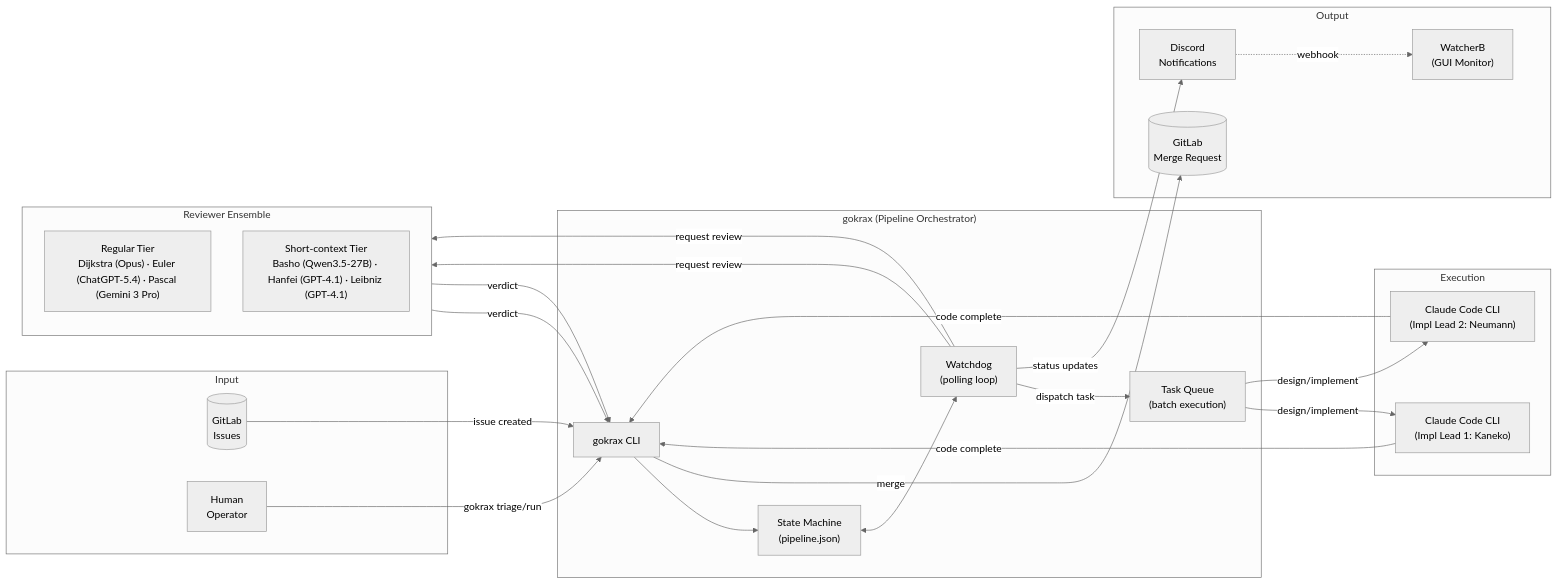
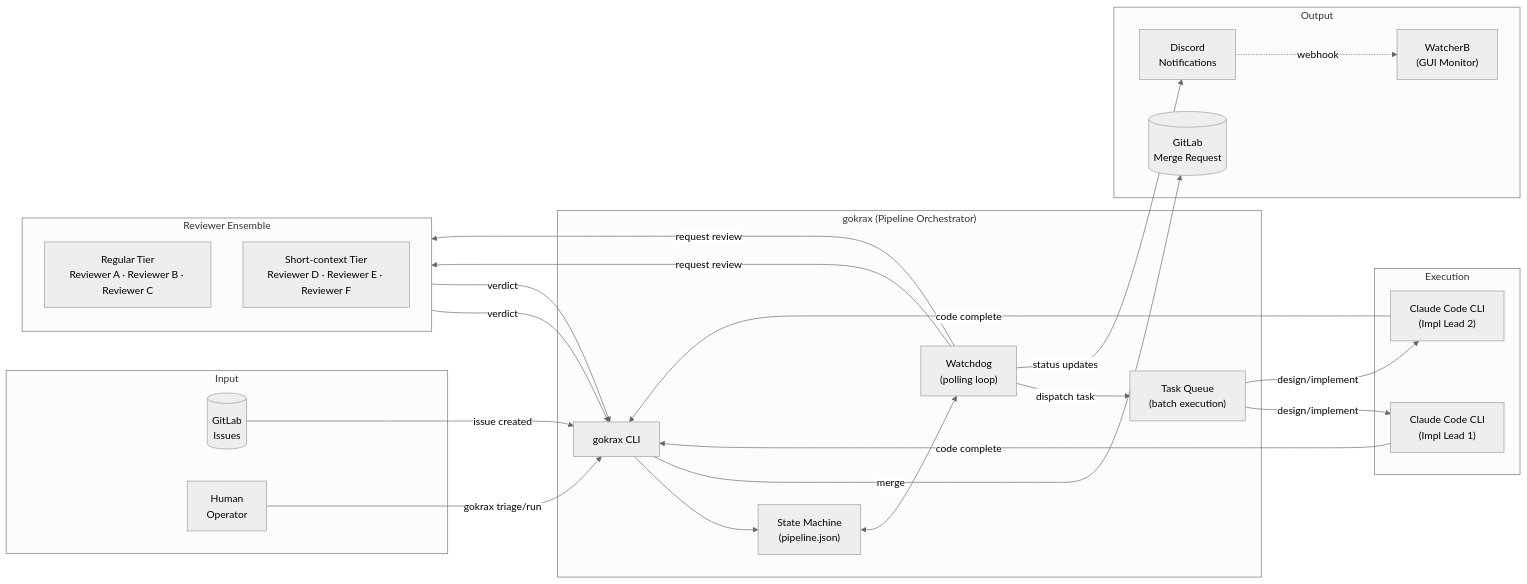
The first of 5 diagrams in docs/architecture.md (atakalive/gokrax), drawn with Mermaid (neutral theme) before and after one commit. The commit also changed other lines of this file and 2 other files, not shown here.

````diff
--- a/docs/architecture.md
+++ b/docs/architecture.md
@@ -7,48 +7,48 @@
 ```mermaid
 graph LR
     subgraph Input
         GL[("GitLab<br/>Issues")]
         M["Human<br/>Operator"]
     end
 
     subgraph gokrax["gokrax (Pipeline Orchestrator)"]
         CLI["gokrax CLI"]
         SM["State Machine<br/>(pipeline.json)"]
         WD["Watchdog<br/>(polling loop)"]
         TQ["Task Queue<br/>(batch execution)"]
     end
 
     subgraph Execution
-        CC1["Claude Code CLI<br/>(Impl Lead 1: Kaneko)"]
-        CC2["Claude Code CLI<br/>(Impl Lead 2: Neumann)"]
+        CC1["Claude Code CLI<br/>(Impl Lead 1)"]
+        CC2["Claude Code CLI<br/>(Impl Lead 2)"]
     end
 
     subgraph Review["Reviewer Ensemble"]
         direction TB
-        R_REG["Regular Tier<br/>Dijkstra (Opus) · Euler (ChatGPT-5.4) · Pascal (Gemini 3 Pro)"]
-        R_SHORT["Short-context Tier<br/>Basho (Qwen3.5-27B) · Hanfei (GPT-4.1) · Leibniz (GPT-4.1)"]
+        R_REG["Regular Tier<br/>Reviewer A · Reviewer B · Reviewer C"]
+        R_SHORT["Short-context Tier<br/>Reviewer D · Reviewer E · Reviewer F"]
     end
 
     subgraph Output
         MR[("GitLab<br/>Merge Request")]
         DC["Discord<br/>Notifications"]
         WB["WatcherB<br/>(GUI Monitor)"]
     end
 
     GL -->|"issue created"| CLI
     M -->|"gokrax triage/run"| CLI
     CLI --> SM
     SM <--> WD
     WD -->|"dispatch task"| TQ
     TQ -->|"design/implement"| CC1
     TQ -->|"design/implement"| CC2
     WD -->|"request review"| R_REG
     WD -->|"request review"| R_SHORT
     R_REG -->|"verdict"| CLI
     R_SHORT -->|"verdict"| CLI
     CC1 -->|"code complete"| CLI
     CC2 -->|"code complete"| CLI
     CLI -->|"merge"| MR
     WD -->|"status updates"| DC
     DC -.->|"webhook"| WB
 ```
````
